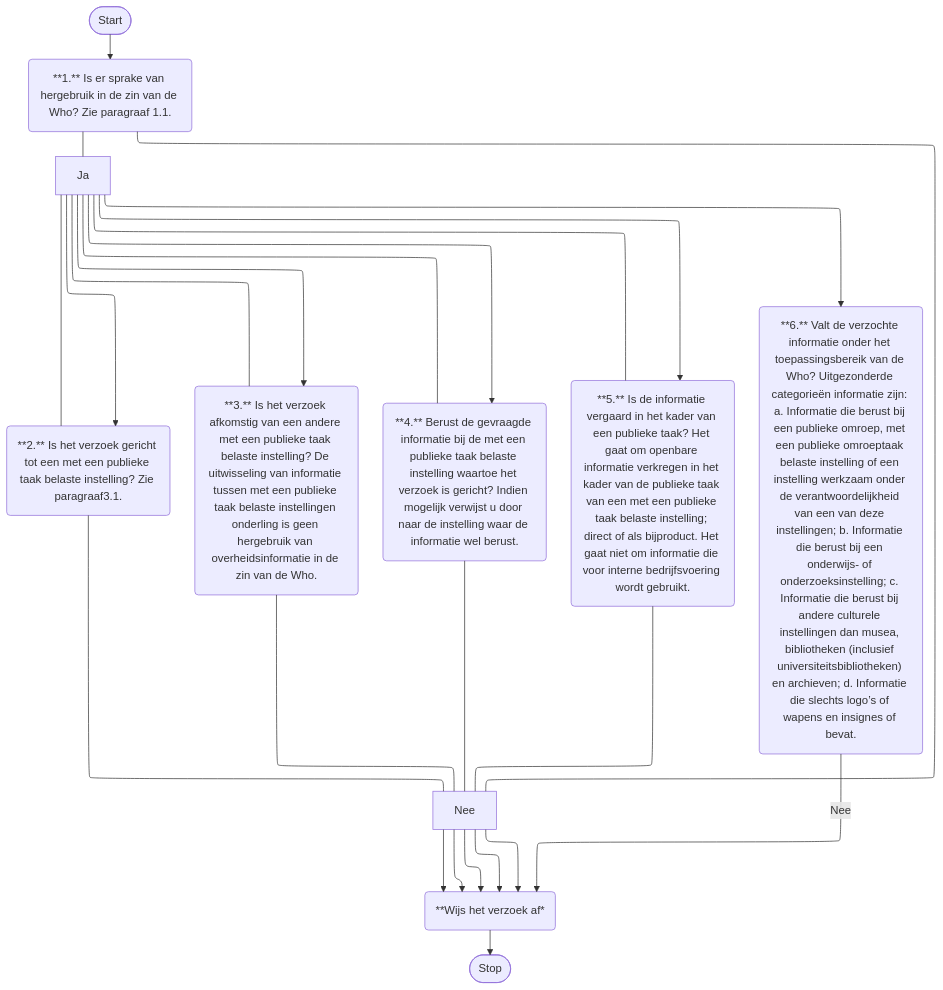
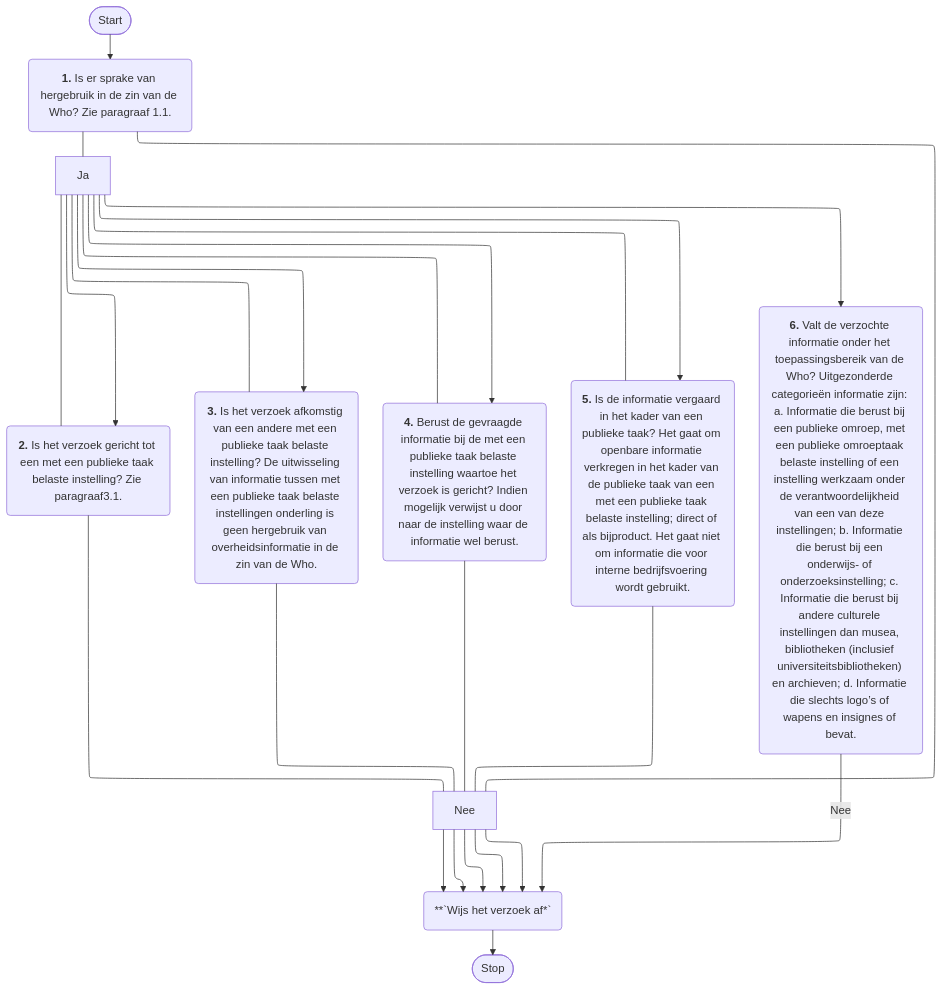
Before and after one commit to VNG-Realisatie/VNG-R-Respec-Template: the second of 11 diagrams in mermaid.md, drawn with Mermaid. The commit also changed other lines of this file, not shown here.

````diff
--- a/mermaid.md
+++ b/mermaid.md
@@ -88,17 +64,17 @@
 ```mermaid
 %%{init: {"flowchart": {"defaultRenderer": "elk"}} }%%
 graph TD
-    A([Start])---->B("**1.** Is er sprake van hergebruik in de zin van de Who? Zie paragraaf 1.1.")
-    B("**1.** Is er sprake van hergebruik in de zin van de Who? Zie paragraaf 1.1.")--- Nee --->L("**Wijs het verzoek af**")
-    B("**1.** Is er sprake van hergebruik in de zin van de Who? Zie paragraaf 1.1.")--- Ja --->C("**2.** Is het verzoek gericht tot een met een publieke taak belaste instelling? Zie paragraaf3.1.")
-    C("**2.** Is het verzoek gericht tot een met een publieke taak belaste instelling? Zie paragraaf3.1.")--- Nee --->L("**Wijs het verzoek af**")
-    C("**2.** Is het verzoek gericht tot een met een publieke taak belaste instelling? Zie paragraaf3.1.")--- Ja --->D("**3.** Is het verzoek afkomstig van een andere met een publieke taak belaste instelling? De uitwisseling van informatie tussen met een publieke taak belaste instellingen onderling is geen hergebruik van overheidsinformatie in de zin van de Who.")
-    D("**3.** Is het verzoek afkomstig van een andere met een publieke taak belaste instelling? De uitwisseling van informatie tussen met een publieke taak belaste instellingen onderling is geen hergebruik van overheidsinformatie in de zin van de Who.")--- Nee --->L("**Wijs het verzoek af**")
-    D("**3.** Is het verzoek afkomstig van een andere met een publieke taak belaste instelling? De uitwisseling van informatie tussen met een publieke taak belaste instellingen onderling is geen hergebruik van overheidsinformatie in de zin van de Who.")--- Ja --->E("**4.** Berust de gevraagde informatie bij de met een publieke taak belaste instelling waartoe het verzoek is gericht? Indien mogelijk verwijst u door naar de instelling waar de informatie wel berust.")
-    E("**4.** Berust de gevraagde informatie bij de met een publieke taak belaste instelling waartoe het verzoek is gericht? Indien mogelijk verwijst u door naar de instelling waar de informatie wel berust.")--- Nee --->L("**Wijs het verzoek af**")
-    E("**4.** Berust de gevraagde informatie bij de met een publieke taak belaste instelling waartoe het verzoek is gericht? Indien mogelijk verwijst u door naar de instelling waar de informatie wel berust.")--- Ja ---> F("**5.** Is de informatie vergaard in het kader van een publieke taak? Het gaat om openbare informatie verkregen in het kader van de publieke taak van een met een publieke taak belaste instelling; direct of als bijproduct. Het gaat niet om informatie die voor interne bedrijfsvoering wordt gebruikt.")
-    F("**5.** Is de informatie vergaard in het kader van een publieke taak? Het gaat om openbare informatie verkregen in het kader van de publieke taak van een met een publieke taak belaste instelling; direct of als bijproduct. Het gaat niet om informatie die voor interne bedrijfsvoering wordt gebruikt.")--- Nee --->L("**Wijs het verzoek af**")
-    F("**5.** Is de informatie vergaard in het kader van een publieke taak? Het gaat om openbare informatie verkregen in het kader van de publieke taak van een met een publieke taak belaste instelling; direct of als bijproduct. Het gaat niet om informatie die voor interne bedrijfsvoering wordt gebruikt.")--- Ja --->G("**6.** Valt de verzochte informatie onder het toepassingsbereik van de Who? Uitgezonderde categorieën informatie zijn: a. Informatie die berust bij een publieke omroep, met een publieke omroeptaak belaste instelling of een instelling werkzaam onder de verantwoordelijkheid van een van deze instellingen; b. Informatie die berust bij een onderwijs- of onderzoeksinstelling; c. Informatie die berust bij andere culturele instellingen dan musea, bibliotheken (inclusief universiteitsbibliotheken) en archieven; d. Informatie die slechts logo’s of wapens en insignes of bevat.")
-    G("**6.** Valt de verzochte informatie onder het toepassingsbereik van de Who? Uitgezonderde categorieën informatie zijn: a. Informatie die berust bij een publieke omroep, met een publieke omroeptaak belaste instelling of een instelling werkzaam onder de verantwoordelijkheid van een van deze instellingen; b. Informatie die berust bij een onderwijs- of onderzoeksinstelling; c. Informatie die berust bij andere culturele instellingen dan musea, bibliotheken (inclusief universiteitsbibliotheken) en archieven; d. Informatie die slechts logo’s of wapens en insignes of bevat.")-- Nee --->L("**Wijs het verzoek af*")---->X([Stop])
+    A([Start])---->B("`**1.** Is er sprake van hergebruik in de zin van de Who? Zie paragraaf 1.1.`")
+    B("`**1.** Is er sprake van hergebruik in de zin van de Who? Zie paragraaf 1.1.`")--- Nee --->L("`**Wijs het verzoek af**`")
+    B("`**1.** Is er sprake van hergebruik in de zin van de Who? Zie paragraaf 1.1.`")--- Ja --->C("`**2.** Is het verzoek gericht tot een met een publieke taak belaste instelling? Zie paragraaf3.1.`")
+    C("`**2.** Is het verzoek gericht tot een met een publieke taak belaste instelling? Zie paragraaf3.1.`")--- Nee --->L("`**Wijs het verzoek af**`")
+    C("`**2.** Is het verzoek gericht tot een met een publieke taak belaste instelling? Zie paragraaf3.1.`")--- Ja --->D("`**3.** Is het verzoek afkomstig van een andere met een publieke taak belaste instelling? De uitwisseling van informatie tussen met een publieke taak belaste instellingen onderling is geen hergebruik van overheidsinformatie in de zin van de Who.`")
+    D("`**3.** Is het verzoek afkomstig van een andere met een publieke taak belaste instelling? De uitwisseling van informatie tussen met een publieke taak belaste instellingen onderling is geen hergebruik van overheidsinformatie in de zin van de Who.`")--- Nee --->L("`**Wijs het verzoek af**`")
+    D("`**3.** Is het verzoek afkomstig van een andere met een publieke taak belaste instelling? De uitwisseling van informatie tussen met een publieke taak belaste instellingen onderling is geen hergebruik van overheidsinformatie in de zin van de Who.`")--- Ja --->E("`**4.** Berust de gevraagde informatie bij de met een publieke taak belaste instelling waartoe het verzoek is gericht? Indien mogelijk verwijst u door naar de instelling waar de informatie wel berust.`")
+    E("`**4.** Berust de gevraagde informatie bij de met een publieke taak belaste instelling waartoe het verzoek is gericht? Indien mogelijk verwijst u door naar de instelling waar de informatie wel berust.`")--- Nee --->L("`**Wijs het verzoek af**`")
+    E("`**4.** Berust de gevraagde informatie bij de met een publieke taak belaste instelling waartoe het verzoek is gericht? Indien mogelijk verwijst u door naar de instelling waar de informatie wel berust.`")--- Ja ---> F("`**5.** Is de informatie vergaard in het kader van een publieke taak? Het gaat om openbare informatie verkregen in het kader van de publieke taak van een met een publieke taak belaste instelling; direct of als bijproduct. Het gaat niet om informatie die voor interne bedrijfsvoering wordt gebruikt.`")
+    F("`**5.** Is de informatie vergaard in het kader van een publieke taak? Het gaat om openbare informatie verkregen in het kader van de publieke taak van een met een publieke taak belaste instelling; direct of als bijproduct. Het gaat niet om informatie die voor interne bedrijfsvoering wordt gebruikt.`")--- Nee --->L("`**Wijs het verzoek af**`")
+    F("`**5.** Is de informatie vergaard in het kader van een publieke taak? Het gaat om openbare informatie verkregen in het kader van de publieke taak van een met een publieke taak belaste instelling; direct of als bijproduct. Het gaat niet om informatie die voor interne bedrijfsvoering wordt gebruikt.`")--- Ja --->G("`**6.** Valt de verzochte informatie onder het toepassingsbereik van de Who? Uitgezonderde categorieën informatie zijn: a. Informatie die berust bij een publieke omroep, met een publieke omroeptaak belaste instelling of een instelling werkzaam onder de verantwoordelijkheid van een van deze instellingen; b. Informatie die berust bij een onderwijs- of onderzoeksinstelling; c. Informatie die berust bij andere culturele instellingen dan musea, bibliotheken (inclusief universiteitsbibliotheken) en archieven; d. Informatie die slechts logo’s of wapens en insignes of bevat.`")
+    G("`**6.** Valt de verzochte informatie onder het toepassingsbereik van de Who? Uitgezonderde categorieën informatie zijn: a. Informatie die berust bij een publieke omroep, met een publieke omroeptaak belaste instelling of een instelling werkzaam onder de verantwoordelijkheid van een van deze instellingen; b. Informatie die berust bij een onderwijs- of onderzoeksinstelling; c. Informatie die berust bij andere culturele instellingen dan musea, bibliotheken (inclusief universiteitsbibliotheken) en archieven; d. Informatie die slechts logo’s of wapens en insignes of bevat.`")-- Nee --->L("**`Wijs het verzoek af*`")---->X([Stop])
 
 ```
````
